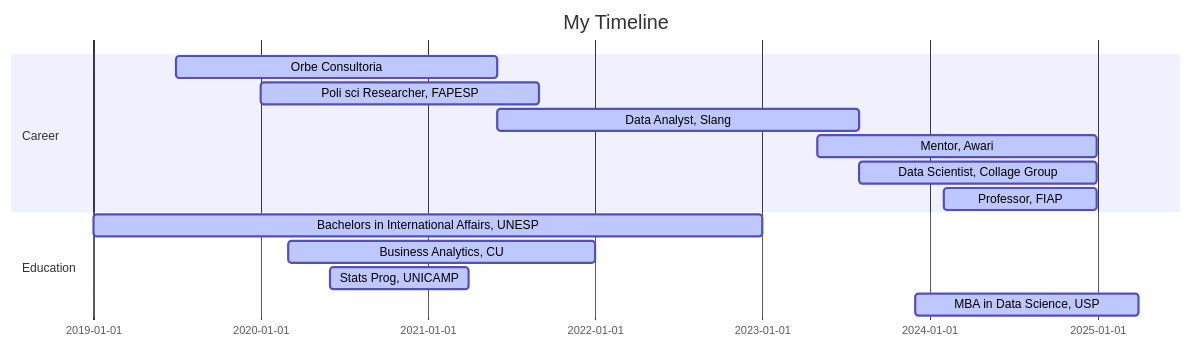
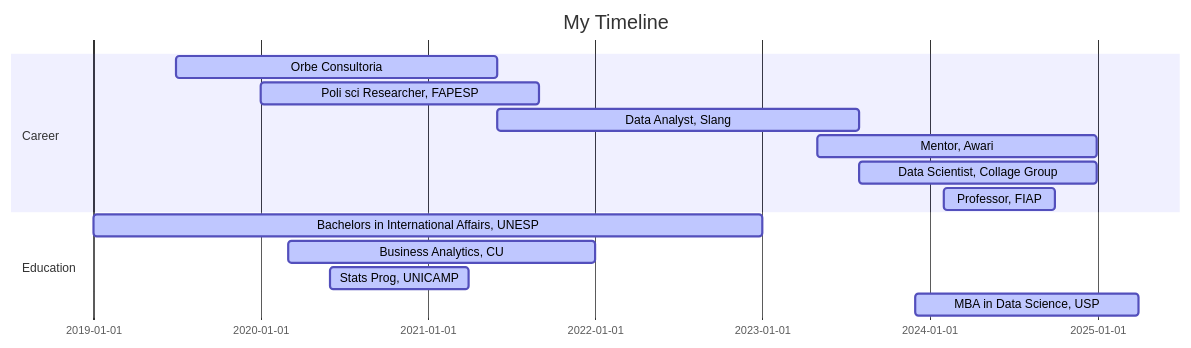
The diagram in README.md (ViniciusARZ/ViniciusARZ), drawn with Mermaid before and after one commit. The commit also changed other lines of this file, not shown here.

````diff
--- a/README.md
+++ b/README.md
@@ -9,20 +9,20 @@
 ```mermaid
 
 gantt
 dateFormat  YYYY-MM-DD
 title My Timeline
 
 section Career
 Orbe Consultoria           :active,, 2019-07-01,2021-06-01
 Poli sci Researcher, FAPESP           :active,, 2020-01-01,2021-09-01
 Data Analyst, Slang         :active,, 2021-06-01,2023-08-01
 Mentor, Awari       :active,, 2023-05-01,2024-12-31
 Data Scientist, Collage Group       :active,, 2023-08-01,2024-12-31
-Professor, FIAP :active,, 2024-02-01,2024-12-31
+Professor, FIAP :active,, 2024-02-01,2024-10-01
 
 section Education
 Bachelors in International Affairs, UNESP             :active,, 2019-01-01,2022-12-31
 Business Analytics, CU             :active,, 2020-03-01,2021-12-31
 Stats Prog, UNICAMP             :active,, 2020-06-01,2021-03-31
 MBA in Data Science, USP             :active,, 2023-12-01,2025-04-01
 ```
````
